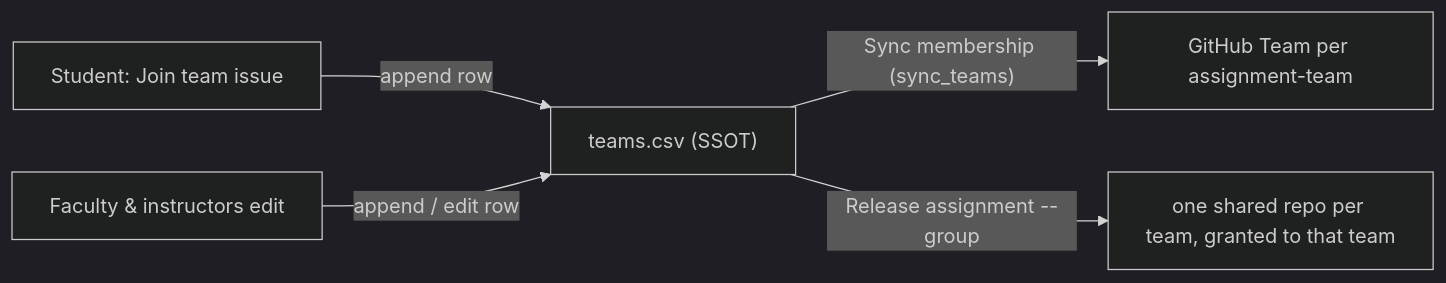
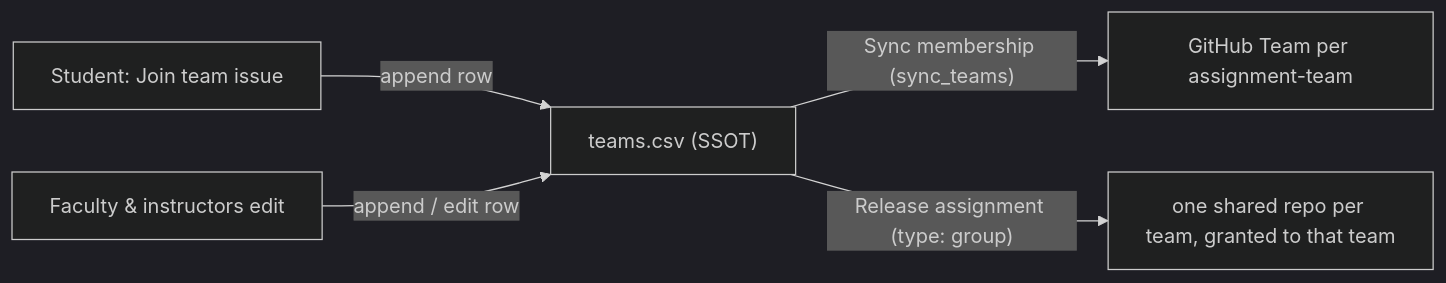
The sixth of 6 diagrams in docs-admin-arch/architecture.md (hertie-data-science-lab/dsl-teaching-course-setup), drawn with Mermaid (dark theme) before and after one commit. The commit also changed other lines of this file and 49 other files, not shown here.

First line of the commit message:
feat(schedule): _datetime schema, cohort assignment type, access docs, staff cards

````diff
--- a/docs-admin-arch/architecture.md
+++ b/docs-admin-arch/architecture.md
@@ -250,7 +258,7 @@
 ```mermaid
 flowchart LR
   St["Student: Join team issue"] -->|"append row"| CSV["teams.csv (SSOT)"]
   Fac["Faculty & instructors edit"] -->|"append / edit row"| CSV
   CSV -->|"Sync membership (sync_teams)"| GT["GitHub Team per assignment-team"]
-  CSV -->|"Release assignment --group"| RP["one shared repo per team, granted to that team"]
+  CSV -->|"Release assignment (type: group)"| RP["one shared repo per team, granted to that team"]
 ```
````
